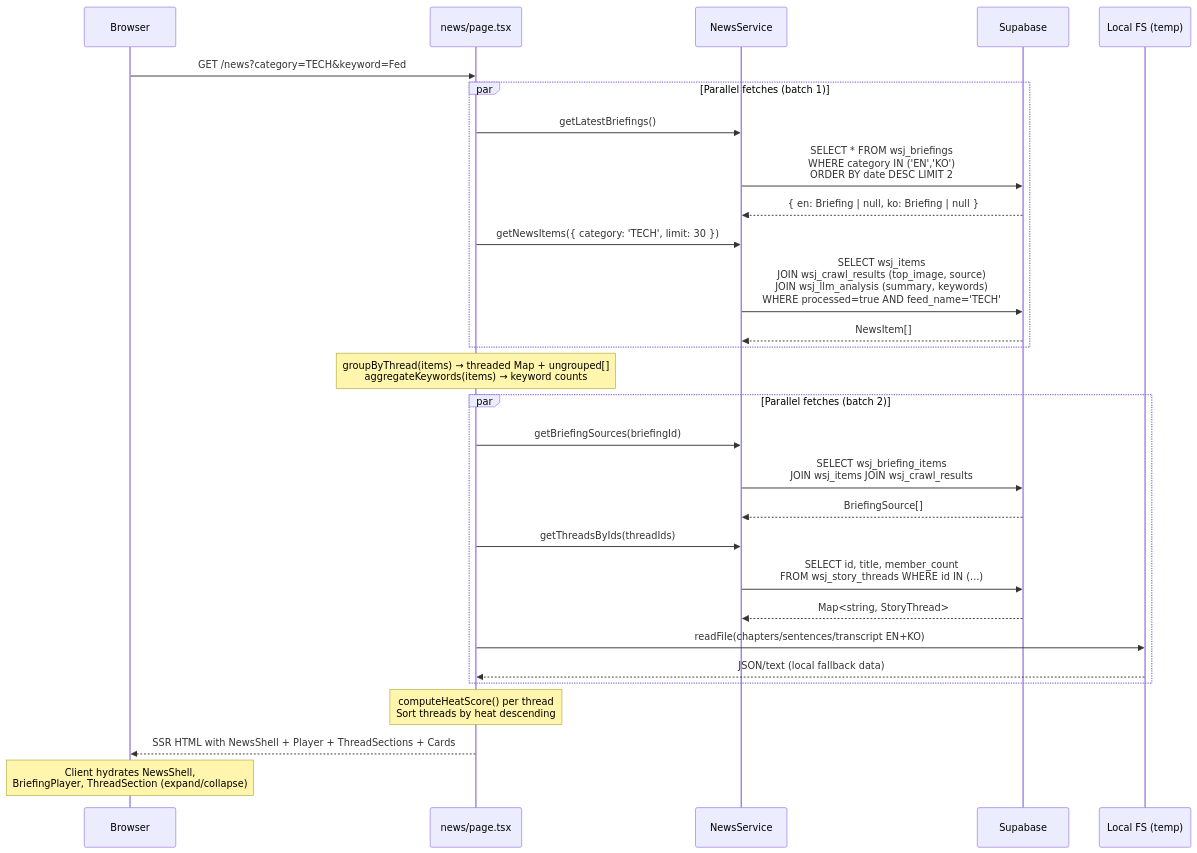
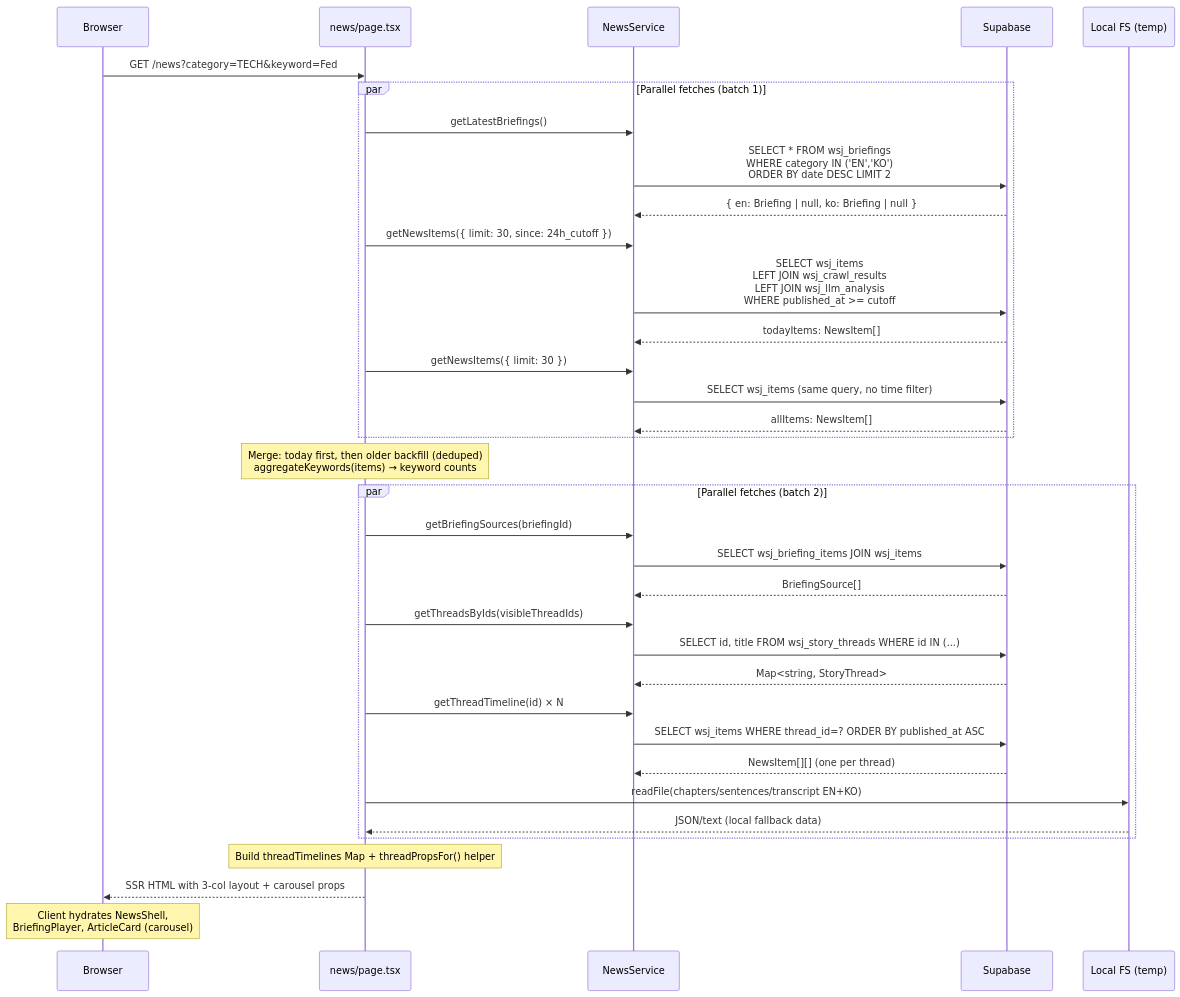
One commit to choym92/araverus changed the third of 6 diagrams in docs/4-news-frontend.md. Above: the diagram before and after it, drawn with Mermaid. The commit also changed other lines of this file and 6 other files, not shown here.

First line of the commit message:
feat: 3-column layout with in-card thread carousel, show all articles

````diff
--- a/docs/4-news-frontend.md
+++ b/docs/4-news-frontend.md
@@ -167,40 +157,48 @@
 ```mermaid
 sequenceDiagram
     participant Browser
     participant Page as news/page.tsx
     participant Svc as NewsService
     participant DB as Supabase
     participant FS as Local FS (temp)
 
     Browser->>Page: GET /news?category=TECH&keyword=Fed
 
     par Parallel fetches (batch 1)
         Page->>Svc: getLatestBriefings()
         Svc->>DB: SELECT * FROM wsj_briefings<br/>WHERE category IN ('EN','KO')<br/>ORDER BY date DESC LIMIT 2
         DB-->>Svc: { en: Briefing | null, ko: Briefing | null }
 
-        Page->>Svc: getNewsItems({ category: 'TECH', limit: 30 })
-        Svc->>DB: SELECT wsj_items<br/>JOIN wsj_crawl_results (top_image, source)<br/>JOIN wsj_llm_analysis (summary, keywords)<br/>WHERE processed=true AND feed_name='TECH'
-        DB-->>Svc: NewsItem[]
+        Page->>Svc: getNewsItems({ limit: 30, since: 24h_cutoff })
+        Svc->>DB: SELECT wsj_items<br/>LEFT JOIN wsj_crawl_results<br/>LEFT JOIN wsj_llm_analysis<br/>WHERE published_at >= cutoff
+        DB-->>Svc: todayItems: NewsItem[]
+
+        Page->>Svc: getNewsItems({ limit: 30 })
+        Svc->>DB: SELECT wsj_items (same query, no time filter)
+        DB-->>Svc: allItems: NewsItem[]
     end
 
-    Note over Page: groupByThread(items) → threaded Map + ungrouped[]<br/>aggregateKeywords(items) → keyword counts
+    Note over Page: Merge: today first, then older backfill (deduped)<br/>aggregateKeywords(items) → keyword counts
 
     par Parallel fetches (batch 2)
         Page->>Svc: getBriefingSources(briefingId)
-        Svc->>DB: SELECT wsj_briefing_items<br/>JOIN wsj_items JOIN wsj_crawl_results
+        Svc->>DB: SELECT wsj_briefing_items JOIN wsj_items
         DB-->>Svc: BriefingSource[]
 
-        Page->>Svc: getThreadsByIds(threadIds)
-        Svc->>DB: SELECT id, title, member_count<br/>FROM wsj_story_threads WHERE id IN (...)
+        Page->>Svc: getThreadsByIds(visibleThreadIds)
+        Svc->>DB: SELECT id, title FROM wsj_story_threads WHERE id IN (...)
         DB-->>Svc: Map<string, StoryThread>
+
+        Page->>Svc: getThreadTimeline(id) × N
+        Svc->>DB: SELECT wsj_items WHERE thread_id=? ORDER BY published_at ASC
+        DB-->>Svc: NewsItem[][] (one per thread)
 
         Page->>FS: readFile(chapters/sentences/transcript EN+KO)
         FS-->>Page: JSON/text (local fallback data)
     end
 
-    Note over Page: computeHeatScore() per thread<br/>Sort threads by heat descending
+    Note over Page: Build threadTimelines Map + threadPropsFor() helper
 
-    Page-->>Browser: SSR HTML with NewsShell + Player + ThreadSections + Cards
-    Note over Browser: Client hydrates NewsShell,<br/>BriefingPlayer, ThreadSection (expand/collapse)
+    Page-->>Browser: SSR HTML with 3-col layout + carousel props
+    Note over Browser: Client hydrates NewsShell,<br/>BriefingPlayer, ArticleCard (carousel)
 ```
````
